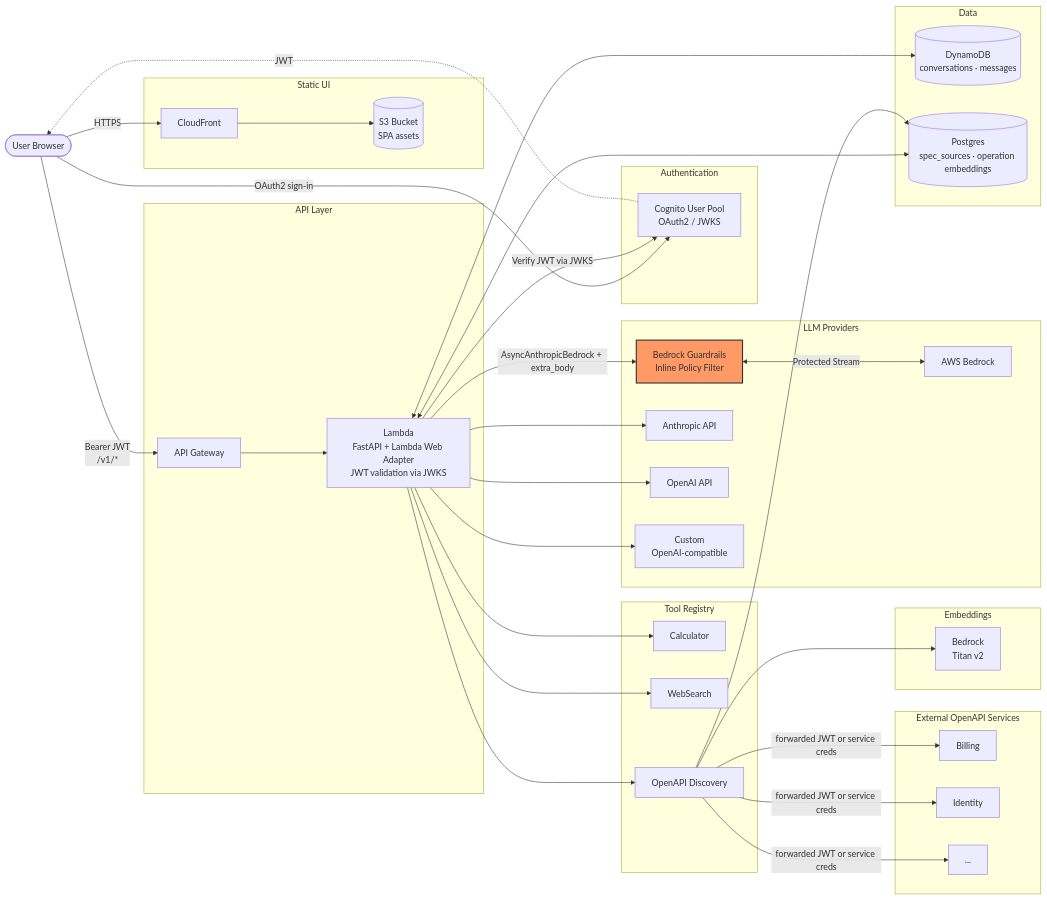
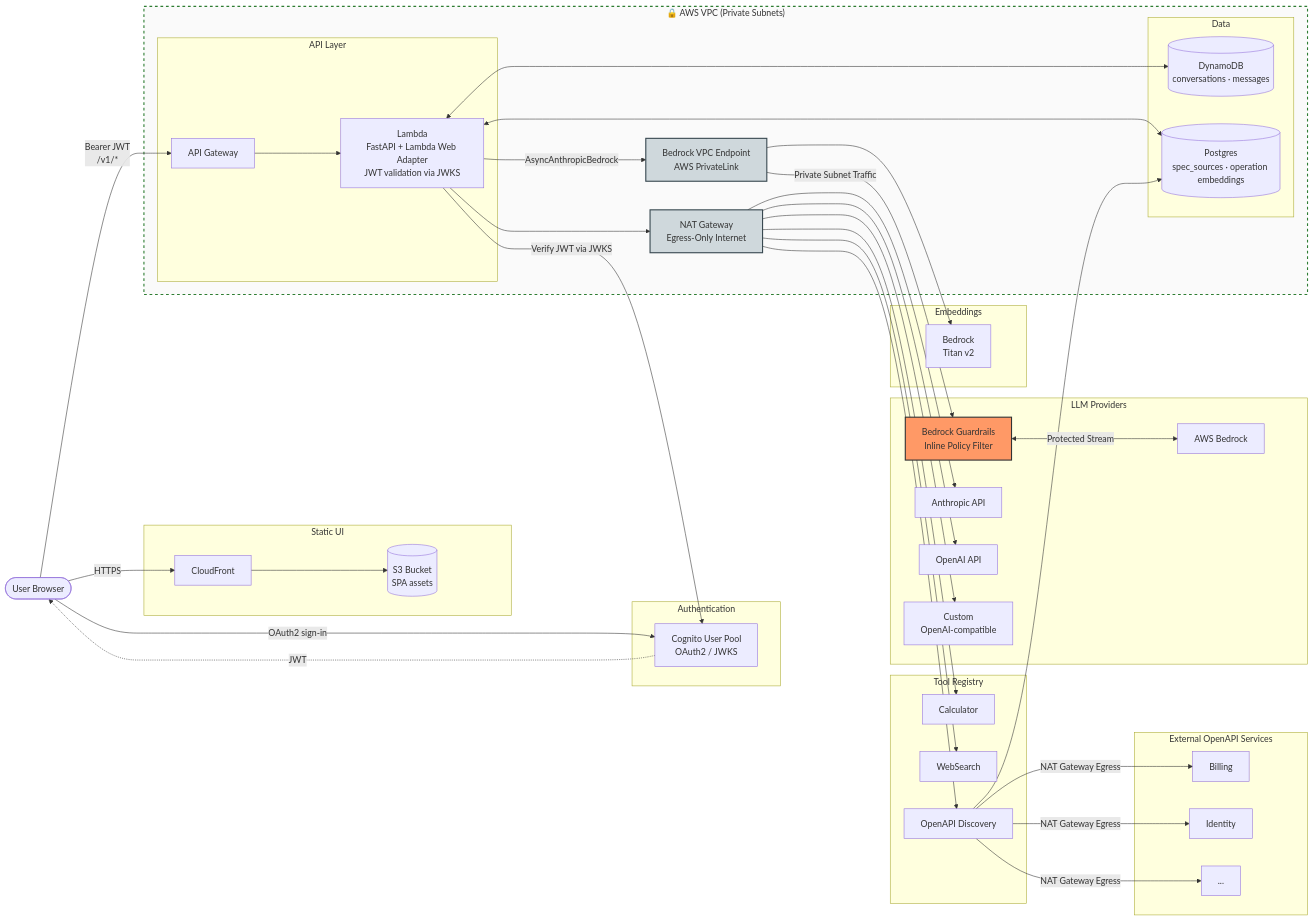
The diagram in README.md (derekvasilich/lambda-chat-agent), drawn with Mermaid before and after one commit.

````diff
--- a/README.md
+++ b/README.md
@@ -17,14 +17,22 @@
         Cognito[Cognito User Pool<br/>OAuth2 / JWKS]
     end
 
-    subgraph API["API Layer"]
-        APIGW[API Gateway]
-        Lambda[Lambda<br/>FastAPI + Lambda Web Adapter<br/>JWT validation via JWKS]
-    end
+    %% Parent Secure Perimeter
+    subgraph EnterpriseVPC["🔒 AWS VPC (Private Subnets)"]
+        
+        subgraph API["API Layer"]
+            APIGW[API Gateway]
+            Lambda[Lambda<br/>FastAPI + Lambda Web Adapter<br/>JWT validation via JWKS]
+        end
 
-    subgraph Data["Data"]
-        DDB[(DynamoDB<br/>conversations · messages)]
-        PG[(Postgres<br/>spec_sources · operation embeddings)]
+        subgraph Data["Data"]
+            DDB[(DynamoDB<br/>conversations · messages)]
+            PG[(Postgres<br/>spec_sources · operation embeddings)]
+        end
+        
+        %% Network Gateways for Secure Data Exfiltration/Inference
+        VPCE[Bedrock VPC Endpoint<br/>AWS PrivateLink]:::network
+        NAT[NAT Gateway<br/>Egress-Only Internet]:::network
     end
 
     subgraph LLMs["LLM Providers"]
@@ -51,32 +59,42 @@
         SvcN[...]
     end
 
+    %% Client/Edge Edge Traffic
     User -->|HTTPS| CF
     CF --> S3
     User -->|OAuth2 sign-in| Cognito
     Cognito -. JWT .-> User
     User -->|Bearer JWT<br/>/v1/*| APIGW
     APIGW --> Lambda
+    
+    %% Internal VPC Routing
     Lambda -->|Verify JWT via JWKS| Cognito
     Lambda <--> DDB
     Lambda <--> PG
+    OD --> PG
     
-    %% Updated Routing for Inline Guardrail Protection
-    Lambda -->|AsyncAnthropicBedrock + extra_body| Guardrails
+    %% SECURE OUTBOUND ROUTING THROUGH NETWORK BOUNDARIES
+    %% Bedrock goes strictly through the PrivateLink Interface Endpoint
+    Lambda -->|AsyncAnthropicBedrock| VPCE
+    VPCE -->|Private Subnet Traffic| Guardrails
     Guardrails <-->|Protected Stream| Bedrock
+    VPCE --> Titan
     
-    Lambda --> Anthropic
-    Lambda --> OpenAI
-    Lambda --> Custom
-    Lambda --> Calc
-    Lambda --> Web
-    Lambda --> OD
-    OD --> PG
-    OD --> Titan
-    OD -->|forwarded JWT or service creds| Svc1
-    OD -->|forwarded JWT or service creds| Svc2
-    OD -->|forwarded JWT or service creds| SvcN
+    %% External Internet APIs route securely through a NAT Gateway
+    Lambda --> NAT
+    NAT --> Anthropic
+    NAT --> OpenAI
+    NAT --> Custom
+    NAT --> Calc
+    NAT --> Web
+    NAT --> OD
+    
+    OD -->|NAT Gateway Egress| Svc1
+    OD -->|NAT Gateway Egress| Svc2
+    OD -->|NAT Gateway Egress| SvcN
 
-    %% Visual Styling Anchor for Security Node
+    %% Styling and Accents
+    classDef network fill:#cfd8dc,stroke:#37474f,stroke-width:2px;
     style Guardrails fill:#f96,stroke:#333,stroke-width:2px;
+    style EnterpriseVPC fill:#fafafa,stroke:#2e7d32,stroke-width:2px,stroke-dasharray: 5 5;
 ```
````
